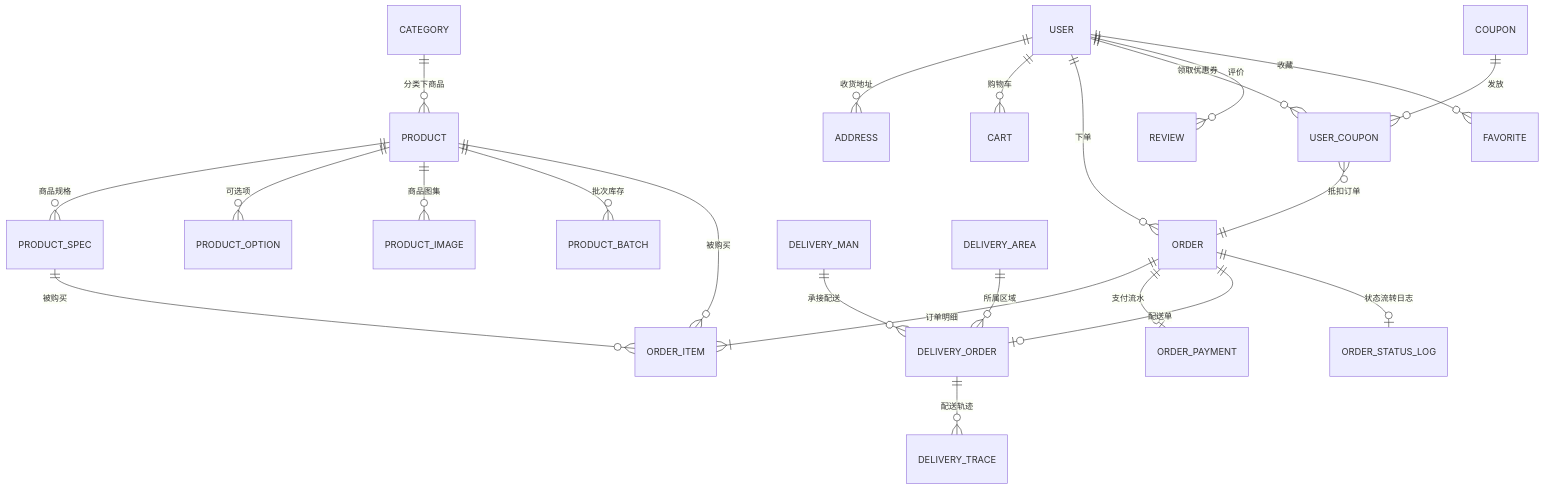
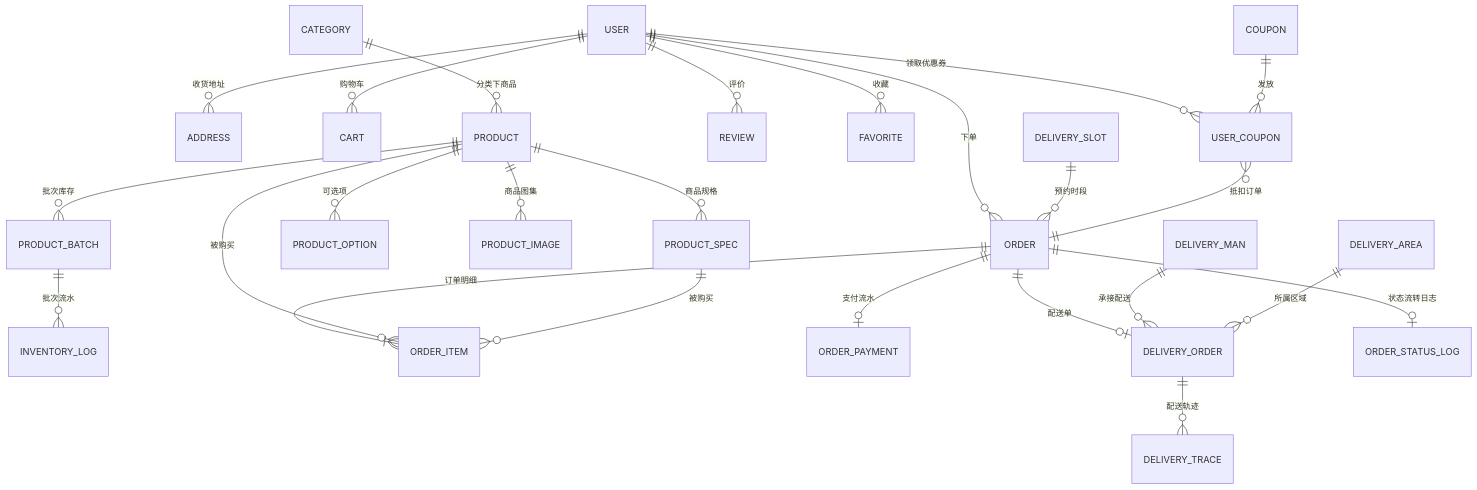
One commit to chenchuiqing/FreshMeal changed the diagram in docs/02-数据库设计.md. Above: the diagram before and after it, drawn with Mermaid. The commit also changed other lines of this file and 4 other files, not shown here.

````diff
--- a/docs/02-数据库设计.md
+++ b/docs/02-数据库设计.md
@@ -23,30 +23,33 @@
 ```mermaid
 erDiagram
     USER ||--o{ ADDRESS : "收货地址"
     USER ||--o{ CART : "购物车"
     USER ||--o{ ORDER : "下单"
     USER ||--o{ USER_COUPON : "领取优惠券"
     USER ||--o{ REVIEW : "评价"
     USER ||--o{ FAVORITE : "收藏"
 
     CATEGORY ||--o{ PRODUCT : "分类下商品"
     PRODUCT ||--o{ PRODUCT_SPEC : "商品规格"
     PRODUCT ||--o{ PRODUCT_OPTION : "可选项"
     PRODUCT ||--o{ PRODUCT_IMAGE : "商品图集"
     PRODUCT ||--o{ PRODUCT_BATCH : "批次库存"
+
+    PRODUCT_BATCH ||--o{ INVENTORY_LOG : "批次流水"
+    DELIVERY_SLOT ||--o{ ORDER : "预约时段"
 
     ORDER ||--|{ ORDER_ITEM : "订单明细"
     ORDER ||--o| ORDER_PAYMENT : "支付流水"
     ORDER ||--o| DELIVERY_ORDER : "配送单"
     ORDER ||--o| ORDER_STATUS_LOG : "状态流转日志"
     USER_COUPON }o--|| ORDER : "抵扣订单"
 
     DELIVERY_ORDER ||--o{ DELIVERY_TRACE : "配送轨迹"
     DELIVERY_MAN ||--o{ DELIVERY_ORDER : "承接配送"
     DELIVERY_AREA ||--o{ DELIVERY_ORDER : "所属区域"
 
     COUPON ||--o{ USER_COUPON : "发放"
 
     PRODUCT ||--o{ ORDER_ITEM : "被购买"
     PRODUCT_SPEC ||--o{ ORDER_ITEM : "被购买"
 ```
````
